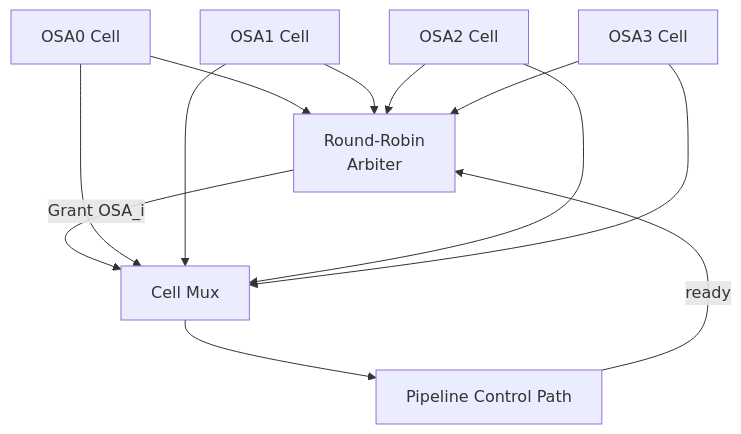
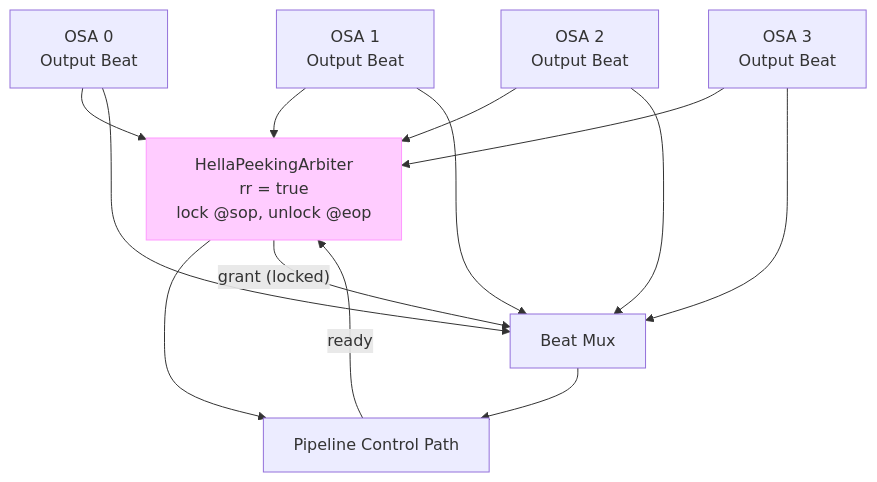
One commit to RuyeeAI/HardwareDesign changed the sixth of 6 diagrams in docs/OSA.md. Above: the diagram before and after it, drawn with Mermaid. The commit also changed other lines of this file and 21 other files, not shown here.

````diff
--- a/docs/OSA.md
+++ b/docs/OSA.md
@@ -956,14 +1907,17 @@
 ```mermaid
 flowchart TD
-    RR["Round-Robin<br/>Arbiter"] -->|"Grant OSA_i"| Mux["Cell Mux"]
-    OSA0["OSA0 Cell"] --> RR
-    OSA1["OSA1 Cell"] --> RR
-    OSA2["OSA2 Cell"] --> RR
-    OSA3["OSA3 Cell"] --> RR
+    OSA0["OSA 0<br/>Output Beat"] --> ARB["HellaPeekingArbiter<br/>rr = true<br/>lock @sop, unlock @eop"]
+    OSA1["OSA 1<br/>Output Beat"] --> ARB
+    OSA2["OSA 2<br/>Output Beat"] --> ARB
+    OSA3["OSA 3<br/>Output Beat"] --> ARB
+    ARB --> Pipe["Pipeline Control Path"]
+    Pipe -->|"ready"| ARB
+    ARB -->|"grant (locked)"| Mux["Beat Mux"]
     OSA0 --> Mux
     OSA1 --> Mux
     OSA2 --> Mux
     OSA3 --> Mux
-    Mux --> Pipe["Pipeline Control Path"]
-    Pipe -->|"ready"| RR
+    Mux --> Pipe
+
+    style ARB fill:#fcf,stroke:#f9f
 ```
````
